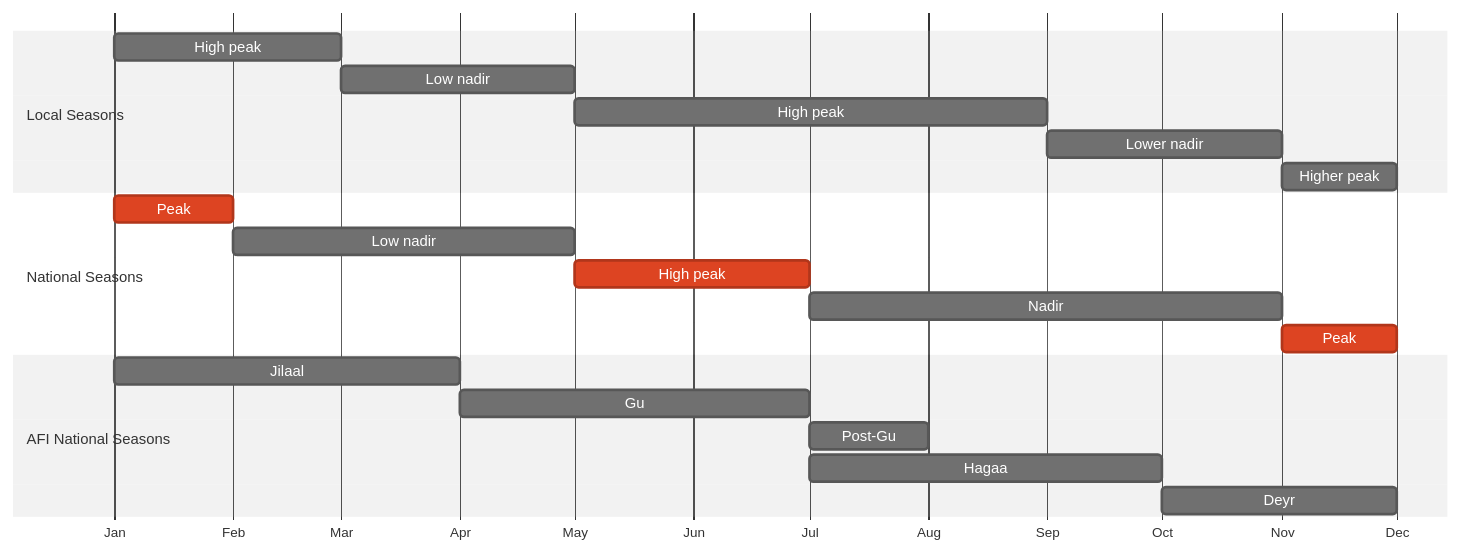
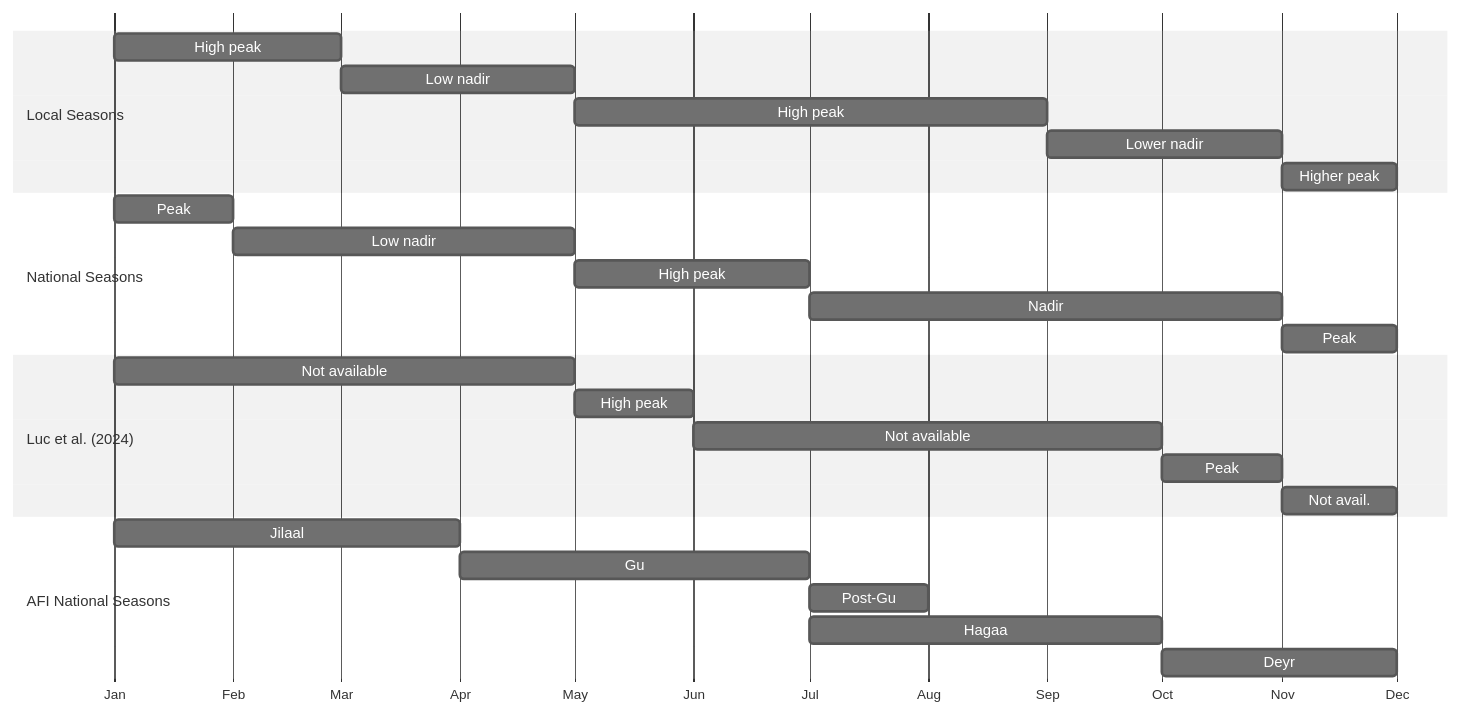
The ninth of 10 diagrams in report.qmd (nutimes/som-sam-admit), drawn with Mermaid (neutral theme) before and after one commit. The commit also changed other lines of this file, not shown here.

````diff
--- a/report.qmd
+++ b/report.qmd
@@ -741,27 +761,37 @@
 ```{mermaid}
 %%| label: fig-afi-amn-calendar-riverine
 %%| fig-cap: AMN seasonal calendar *versus* AFI seasonal calendar
 
 gantt
     dateFormat M
     axisFormat %b
     todayMarker off
+
     section Local Seasons
     High peak :amn1, 1, 3
     Low nadir :amn2, 3, 5
     High peak :amn3, 5, 9
     Lower nadir :amn5, 9, 11
     Higher peak :amn6, 11, 12
+
     section National Seasons
-    Peak :crit, ntl1, 1, 2
+    Peak :ntl1, 1, 2
     Low nadir :ntl2, 2, 5
-    High peak :crit, ntl3, 5, 7
+    High peak :ntl3, 5, 7
     Nadir :ntl4, 7, 11
-    Peak :crit, ntl5, 11, 12
+    Peak :ntl5, 11, 12
+
+    section Luc et al. (2024)
+    Not available :luc1, 1, 5
+    High peak :luc2, 5, 6
+    Not available :luc3, 6, 10
+    Peak :luc4, 10, 11
+    Not avail. :luc5, 11, 12
+
     section AFI National Seasons
     Jilaal :afi1, 1, 4
     Gu     :afi2, 4, 7
     Post-Gu:afi3, 7, 8
     Hagaa  :afi4, 7, 10
     Deyr   :afi5, 10, 12
 ```
````
